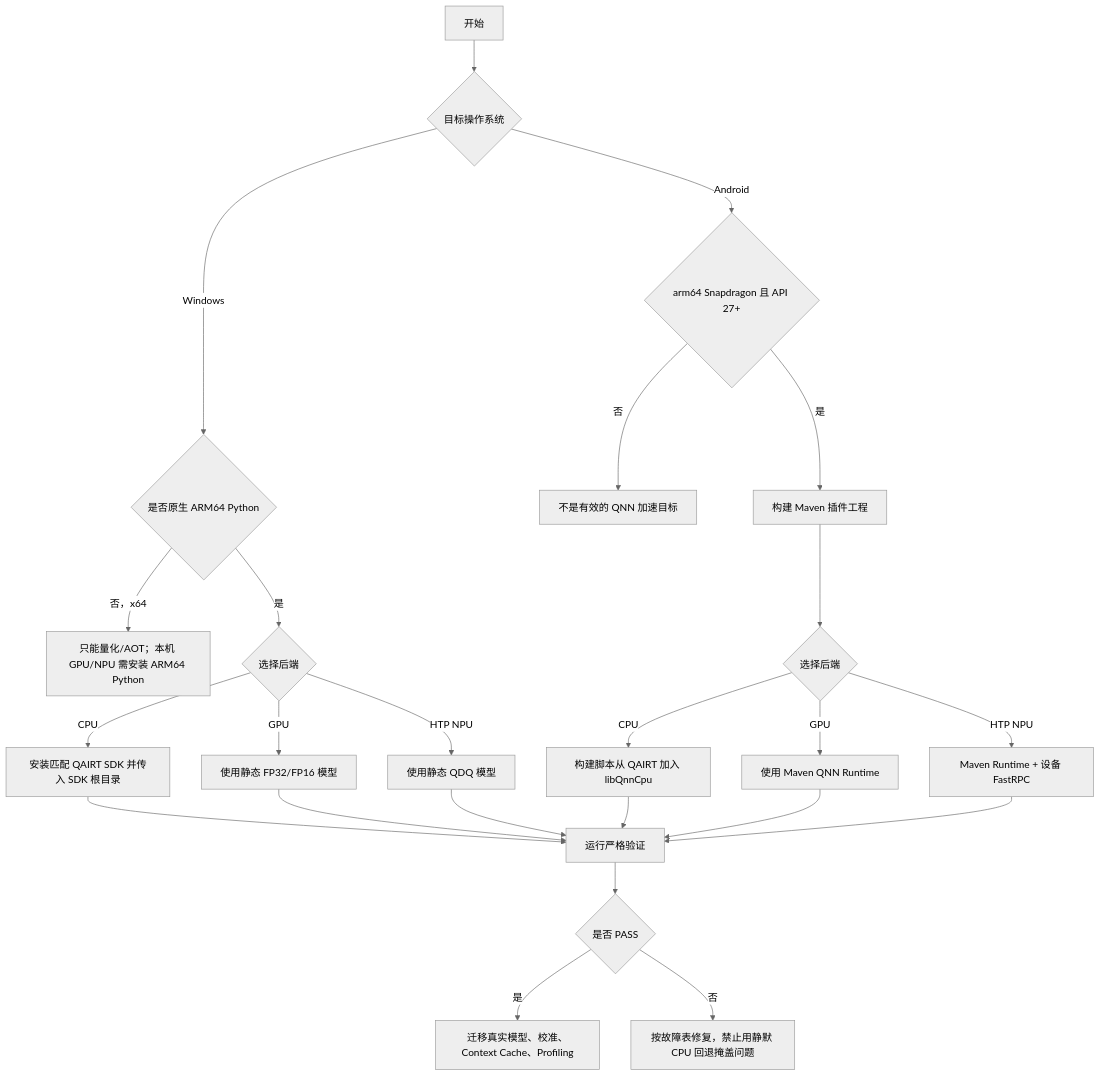
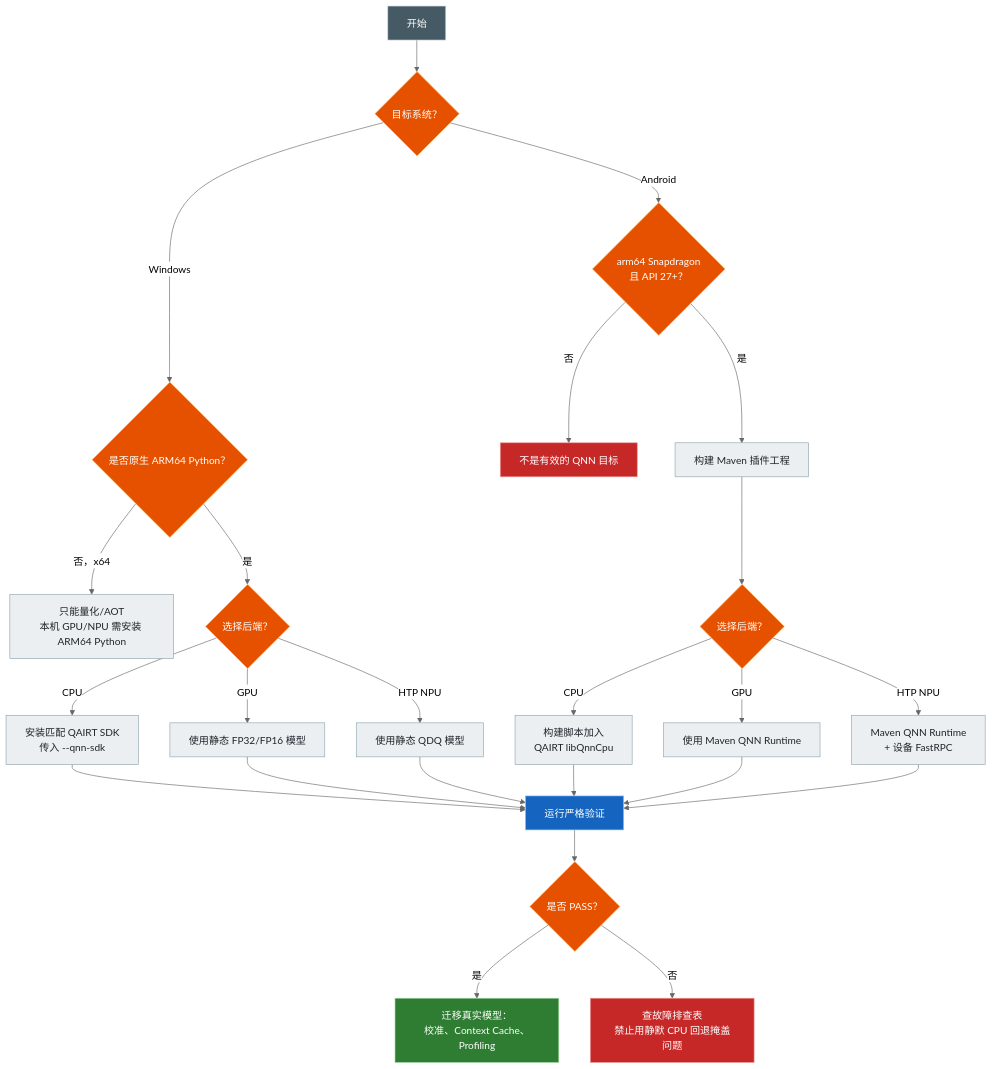
Before and after one commit to DakeQQ/Tutorial-ONNX-Runtime-Execution-Providers: the third of 5 diagrams in Qualcomm/README.zh-CN.md, drawn with Mermaid (neutral theme). The commit also changed other lines of this file and 1 other file, not shown here.

````diff
--- a/Qualcomm/README.zh-CN.md
+++ b/Qualcomm/README.zh-CN.md
@@ -186,26 +222,40 @@
 ```mermaid
 flowchart TD
-    A[开始] --> B{目标操作系统}
-    B -->|Windows| C{是否原生 ARM64 Python}
-    C -->|否，x64| D[只能量化/AOT；本机 GPU/NPU 需安装 ARM64 Python]
-    C -->|是| E{选择后端}
-    E -->|CPU| F[安装匹配 QAIRT SDK 并传入 SDK 根目录]
-    E -->|GPU| G[使用静态 FP32/FP16 模型]
-    E -->|HTP NPU| H[使用静态 QDQ 模型]
-    B -->|Android| I{arm64 Snapdragon 且 API 27+}
-    I -->|否| J[不是有效的 QNN 加速目标]
-    I -->|是| K[构建 Maven 插件工程]
-    K --> L{选择后端}
-    L -->|CPU| M[构建脚本从 QAIRT 加入 libQnnCpu]
-    L -->|GPU| N[使用 Maven QNN Runtime]
-    L -->|HTP NPU| O[Maven Runtime + 设备 FastRPC]
-    F --> P[运行严格验证]
+    A["开始"] --> B{"目标系统？"}
+    B -->|Windows| C{"是否原生 ARM64 Python？"}
+    C -->|"否，x64"| D["只能量化/AOT<br/>本机 GPU/NPU 需安装 ARM64 Python"]
+    C -->|是| E{"选择后端？"}
+    E -->|CPU| F["安装匹配 QAIRT SDK<br/>传入 --qnn-sdk"]
+    E -->|GPU| G["使用静态 FP32/FP16 模型"]
+    E -->|"HTP NPU"| H["使用静态 QDQ 模型"]
+    B -->|Android| I{"arm64 Snapdragon<br/>且 API 27+？"}
+    I -->|否| J["不是有效的 QNN 目标"]
+    I -->|是| K["构建 Maven 插件工程"]
+    K --> L{"选择后端？"}
+    L -->|CPU| M["构建脚本加入<br/>QAIRT libQnnCpu"]
+    L -->|GPU| N["使用 Maven QNN Runtime"]
+    L -->|"HTP NPU"| O["Maven QNN Runtime<br/>+ 设备 FastRPC"]
+    F --> P["运行严格验证"]
     G --> P
     H --> P
     M --> P
     N --> P
     O --> P
-    P --> Q{是否 PASS}
-    Q -->|是| R[迁移真实模型、校准、Context Cache、Profiling]
-    Q -->|否| S[按故障表修复，禁止用静默 CPU 回退掩盖问题]
+    P --> Q{"是否 PASS？"}
+    Q -->|是| R["迁移真实模型：<br/>校准、Context Cache、Profiling"]
+    Q -->|否| S["查故障排查表<br/>禁止用静默 CPU 回退掩盖问题"]
+
+    style A fill:#455a64,stroke:#cfd8dc,color:#ffffff
+    style B fill:#e65100,stroke:#ffcc80,color:#ffffff
+    style C fill:#e65100,stroke:#ffcc80,color:#ffffff
+    style E fill:#e65100,stroke:#ffcc80,color:#ffffff
+    style I fill:#e65100,stroke:#ffcc80,color:#ffffff
+    style L fill:#e65100,stroke:#ffcc80,color:#ffffff
+    style Q fill:#e65100,stroke:#ffcc80,color:#ffffff
+    style J fill:#c62828,stroke:#ef9a9a,color:#ffffff
+    style S fill:#c62828,stroke:#ef9a9a,color:#ffffff
+    style R fill:#2e7d32,stroke:#a5d6a7,color:#ffffff
+    style P fill:#1565c0,stroke:#90caf9,color:#ffffff
+    classDef leaf fill:#eceff1,stroke:#90a4ae,color:#20242b
+    class D,F,G,H,K,M,N,O leaf
 ```
````
